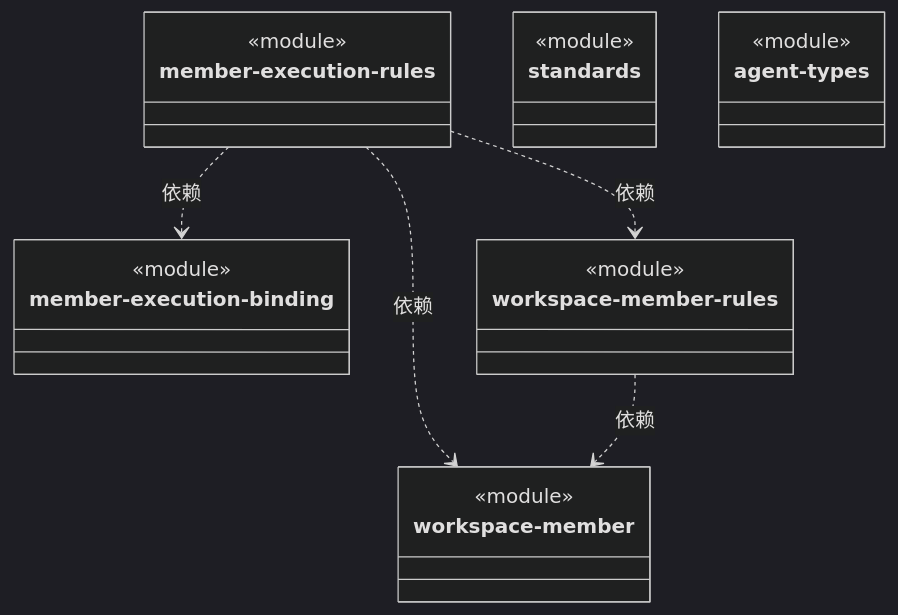
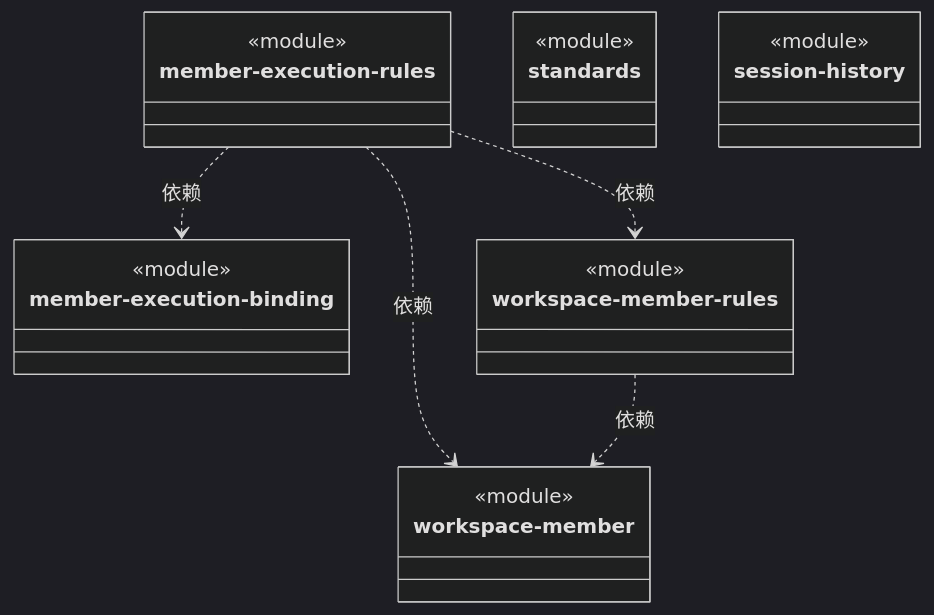
One commit to nan023062/cbim changed the diagram in src/logic/team/rules/ARCHITECTURE.md. Above: the diagram before and after it, drawn with Mermaid (dark theme). The commit also changed other lines of this file and 374 other files, not shown here.

````diff
--- a/src/logic/team/rules/ARCHITECTURE.md
+++ b/src/logic/team/rules/ARCHITECTURE.md
@@ -29,31 +26,31 @@
 ```mermaid
 classDiagram
 class N_9607bda08b0b["member-execution-rules"] {
   <<module>>
 }
 click N_9607bda08b0b href "member-execution-rules.ts"
 class N_6d3db0fcdfc5["workspace-member"] {
   <<module>>
 }
 click N_6d3db0fcdfc5 href "workspace-member.ts"
 class N_849821aceb27["member-execution-binding"] {
   <<module>>
 }
 click N_849821aceb27 href "member-execution-binding.ts"
 class N_4eaf1f6efc7c["workspace-member-rules"] {
   <<module>>
 }
 click N_4eaf1f6efc7c href "workspace-member-rules.ts"
 class N_b346fbc92f9a["standards"] {
   <<module>>
 }
 click N_b346fbc92f9a href "standards.ts"
-class N_5f23c275120a["agent-types"] {
+class N_216322eabecd["session-history"] {
   <<module>>
 }
-click N_5f23c275120a href "agent-types.ts"
+click N_216322eabecd href "session-history.ts"
 N_9607bda08b0b ..> N_6d3db0fcdfc5 : 依赖
 N_9607bda08b0b ..> N_849821aceb27 : 依赖
 N_9607bda08b0b ..> N_4eaf1f6efc7c : 依赖
 N_4eaf1f6efc7c ..> N_6d3db0fcdfc5 : 依赖
 ```
````
